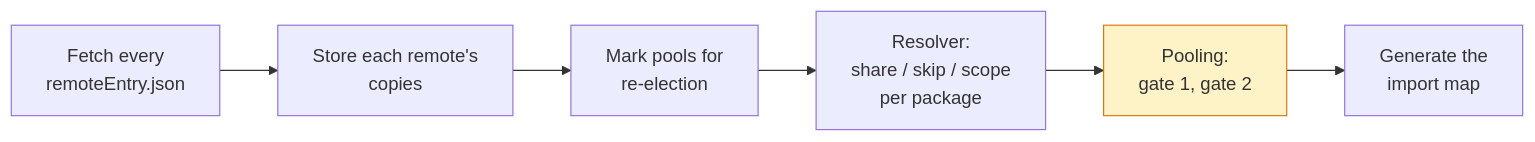
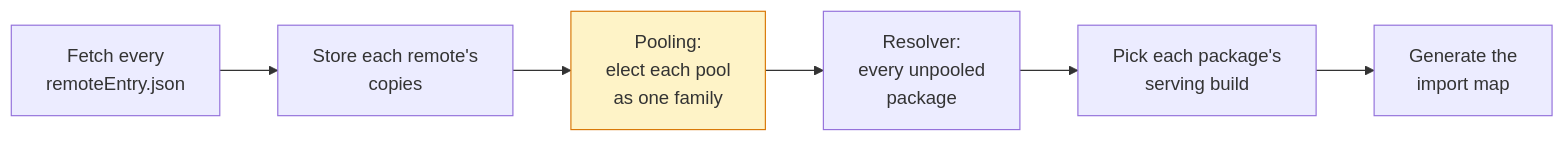
The fourth of 9 diagrams in src/content/docs/v4/orchestrator/pooling.md (native-federation/native-federation-website), drawn with Mermaid before and after one commit. The commit also changed other lines of this file and 11 other files, not shown here.

````diff
--- a/src/content/docs/v4/orchestrator/pooling.md
+++ b/src/content/docs/v4/orchestrator/pooling.md
@@ -175,9 +174,9 @@
 ```mermaid
 flowchart LR
     A["Fetch every<br/>remoteEntry.json"] --> B["Store each remote's<br/>copies"]
-    B --> C["Mark pools for<br/>re-election"]
-    C --> D["Resolver:<br/>share / skip / scope<br/>per package"]
-    D --> E["Pooling:<br/>gate 1, gate 2"]
-    E --> F["Generate the<br/>import map"]
+    B --> E["Pooling:<br/>elect each pool<br/>as one family"]
+    E --> D["Resolver:<br/>every unpooled<br/>package"]
+    D --> S["Pick each package's<br/>serving build"]
+    S --> F["Generate the<br/>import map"]
     style E fill:#fef3c7,stroke:#d97706
 ```
````
